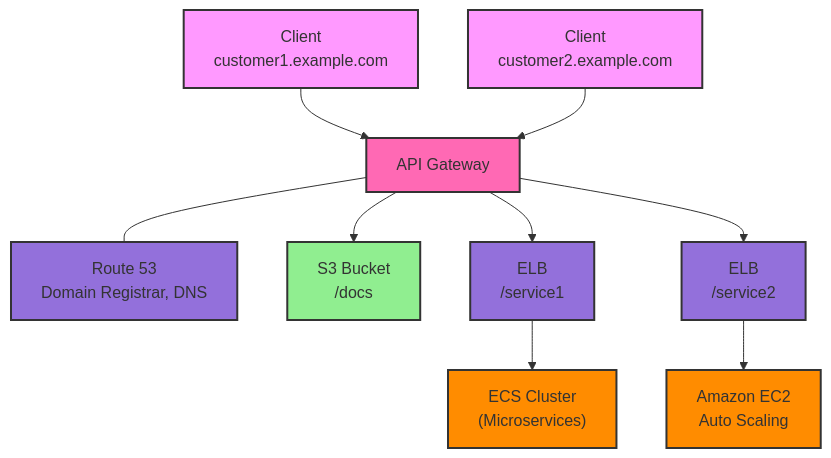
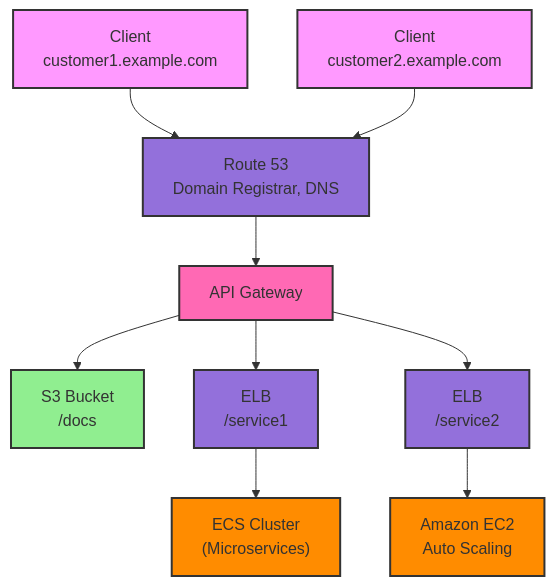
Before and after one commit to corneliana/all-in-one: the diagram in Internet/3 - Cloud Computing/AWS/Understanding AWS/7 - Networking/7.2 - API Gateway.md, drawn with Mermaid. The commit also changed other lines of this file, not shown here.

Commit message:
vault backup: 2024-11-16 16:41:08

````diff
--- a/Internet/3 - Cloud Computing/AWS/Understanding AWS/7 - Networking/7.2 - API Gateway.md
+++ b/Internet/3 - Cloud Computing/AWS/Understanding AWS/7 - Networking/7.2 - API Gateway.md
@@ -3,35 +6,35 @@
 ```mermaid
 graph TD
     Client1["Client<br/>customer1.example.com"]
     Client2["Client<br/>customer2.example.com"]
+    Route53["Route 53<br/>Domain Registrar, DNS"]
     Gateway["API Gateway"]
-    Route53["Route 53<br/>Domain Registrar, DNS"]
     S3["S3 Bucket<br/>/docs"]
     ELB1["ELB<br/>/service1"]
     ELB2["ELB<br/>/service2"]
     ECS["ECS Cluster<br/>(Microservices)"]
     EC2["Amazon EC2<br/>Auto Scaling"]
 
-    Client1 --> Gateway
-    Client2 --> Gateway
-    Gateway --- Route53
+    Client1 --> Route53
+    Client2 --> Route53
+    Route53 --> Gateway
     Gateway --> ELB1
     Gateway --> S3
     Gateway --> ELB2
     ELB1 --> ECS
     ELB2 --> EC2
 
     classDef client fill:#f9f,stroke:#333,stroke-width:2px
     classDef gateway fill:#ff69b4,stroke:#333,stroke-width:2px
     classDef route53 fill:#9370db,stroke:#333,stroke-width:2px
     classDef s3 fill:#90ee90,stroke:#333,stroke-width:2px
     classDef elb fill:#9370db,stroke:#333,stroke-width:2px
     classDef compute fill:#ff8c00,stroke:#333,stroke-width:2px
 
     class Client1,Client2 client
     class Gateway gateway
     class Route53 route53
     class S3 s3
     class ELB1,ELB2 elb
     class ECS,EC2 compute
 ```
````
